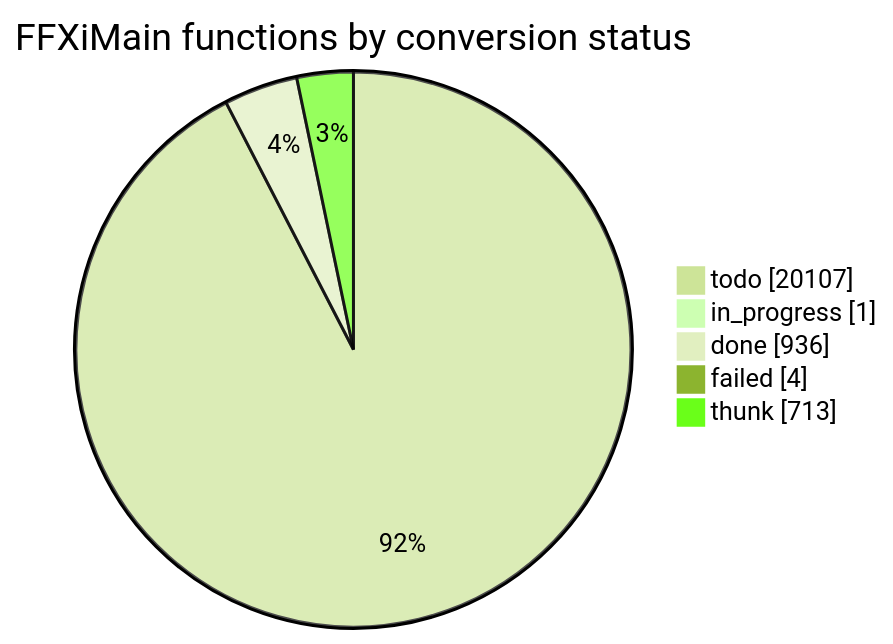
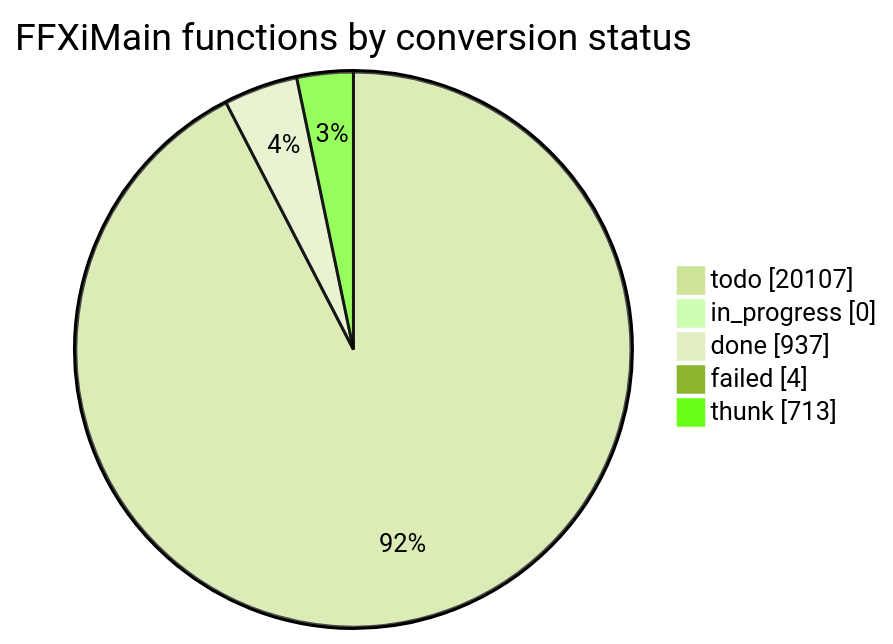
The diagram in docs/cow/STATUS.md (cowrevenge/cow_kuluu_xi_anything), drawn with Mermaid (forest theme) before and after one commit. The commit also changed other lines of this file and 9 other files, not shown here.

````diff
--- a/docs/cow/STATUS.md
+++ b/docs/cow/STATUS.md
@@ -18,9 +18,9 @@
 ```mermaid
 pie showData
     title FFXiMain functions by conversion status
     "todo" : 20107
-    "in_progress" : 1
-    "done" : 936
+    "in_progress" : 0
+    "done" : 937
     "failed" : 4
     "thunk" : 713
 ```
````
